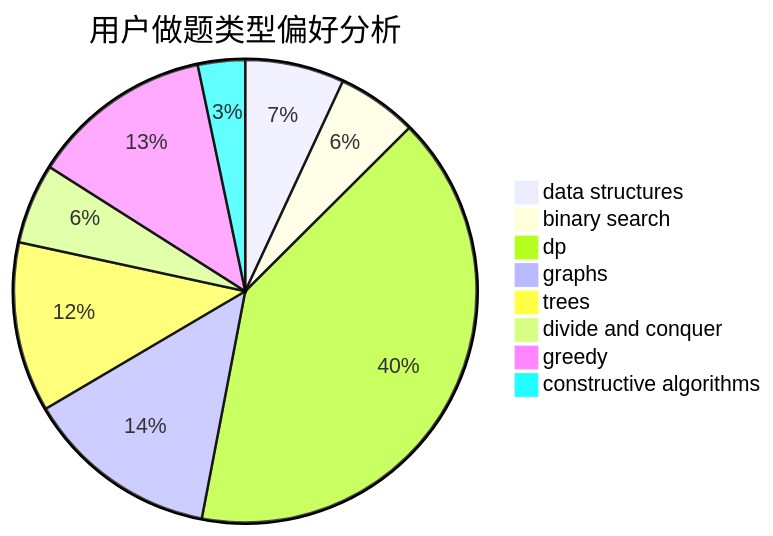
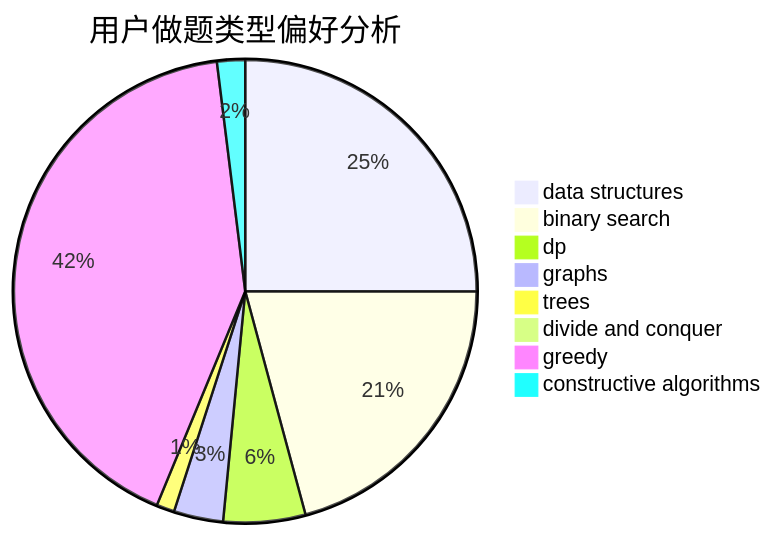
Before and after one commit to sherpahu/cfrs.github.io: the second of 3 diagrams in docs/user/u170.md, drawn with Mermaid. The commit also changed other lines of this file and 2770 other files, not shown here.

````diff
--- a/docs/user/u170.md
+++ b/docs/user/u170.md
@@ -23,11 +23,11 @@
 ```mermaid
 pie title 用户做题类型偏好分析
-    "data structures" :  84
-    "binary search" :  68
-    "dp" :  491
-    "graphs" :  164
-    "trees" :  144
-    "divide and conquer" :  68
-    "greedy" :  154
-    "constructive algorithms" :  40
+    "data structures" :  319
+    "binary search" :  265
+    "dp" :  73
+    "graphs" :  44
+    "trees" :  16
+    "divide and conquer" :  9
+    "greedy" :  533
+    "constructive algorithms" :  25
 ```
````
